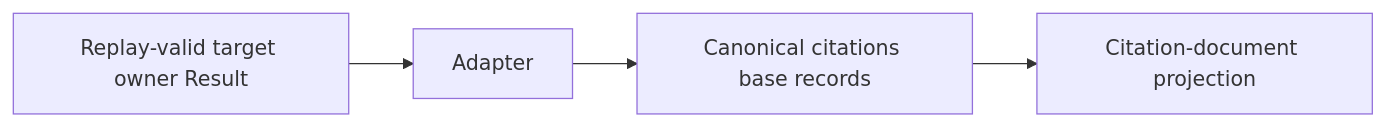
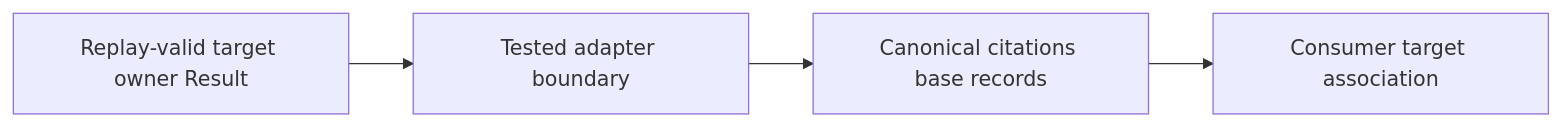
Before and after one commit to eragasa/projectkoios-references: the diagram in docs/architecture/projectkoios/references/citations/implementation.md, drawn with Mermaid. The commit also changed other lines of this file and 54 other files, not shown here.

````diff
--- a/docs/architecture/projectkoios/references/citations/implementation.md
+++ b/docs/architecture/projectkoios/references/citations/implementation.md
@@ -3,6 +3,6 @@
 ```mermaid
 flowchart LR
-    O[Replay-valid target owner Result] --> A[Adapter]
+    O[Replay-valid target owner Result] --> A[Tested adapter boundary]
     A --> C[Canonical citations base records]
-    C --> D[Citation-document projection]
+    C --> X[Consumer target association]
 ```
````
